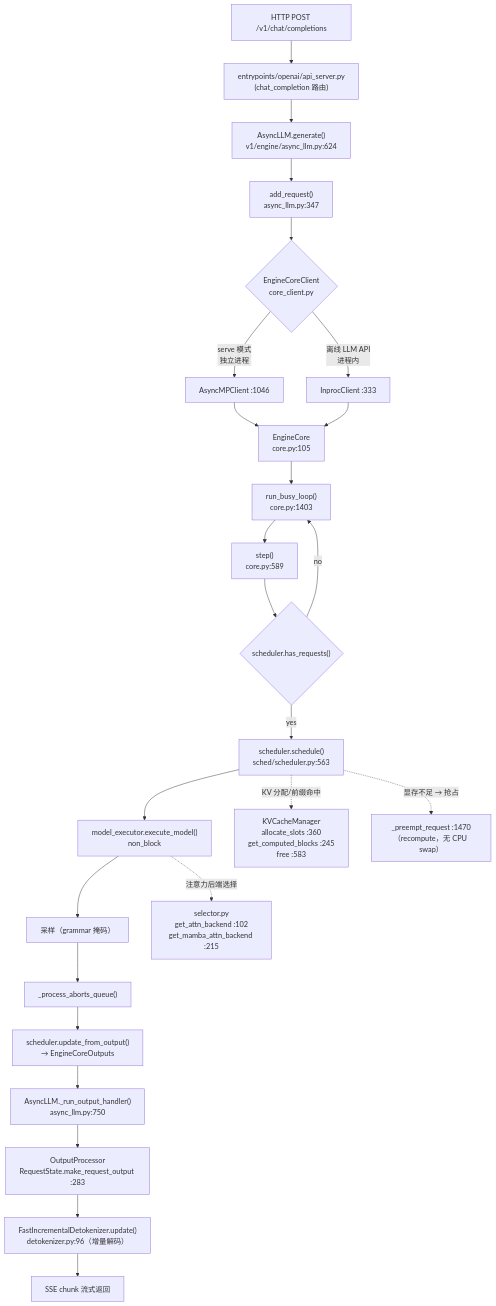
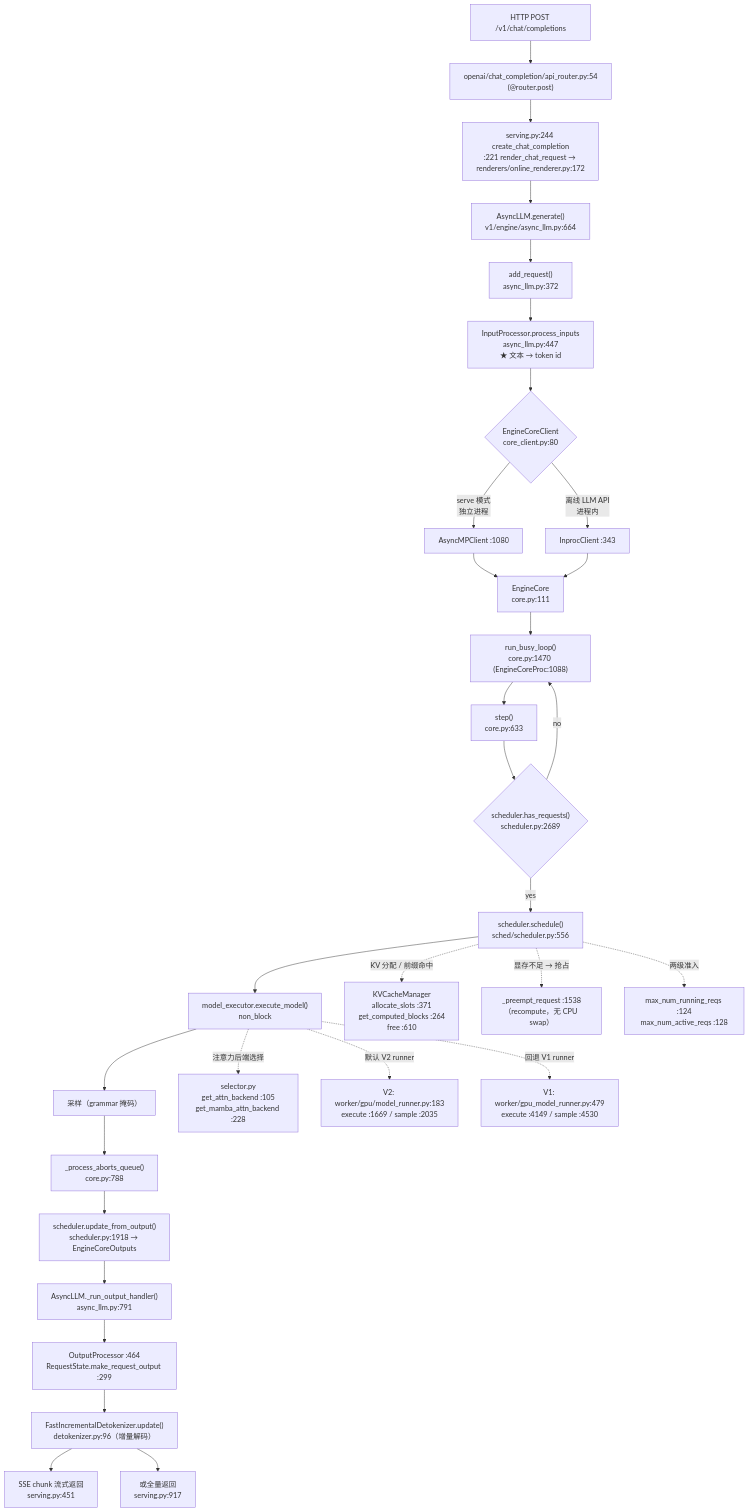
Before and after one commit to Lebhoryi/vllm-sglang-learning: the diagram in docs/01C-生命周期参考图.md, drawn with Mermaid. The commit also changed other lines of this file and 22 other files, not shown here.

First line of the commit message:
docs: 架构图归入 week1、补 17 生命周期草图、锚点改为文件+符号

````diff
--- a/docs/01C-生命周期参考图.md
+++ b/docs/01C-生命周期参考图.md
@@ -8,28 +9,34 @@
 ```mermaid
 flowchart TD
-    A["HTTP POST /v1/chat/completions"] --> B["entrypoints/openai/api_server.py<br/>(chat_completion 路由)"]
-    B --> C["AsyncLLM.generate()<br/>v1/engine/async_llm.py:624"]
-    C --> D["add_request()<br/>async_llm.py:347"]
-    D --> E{"EngineCoreClient<br/>core_client.py"}
-    E -->|"serve 模式<br/>独立进程"| F["AsyncMPClient :1046"]
-    E -->|"离线 LLM API<br/>进程内"| G["InprocClient :333"]
-    F --> H["EngineCore<br/>core.py:105"]
+    A["HTTP POST /v1/chat/completions"] --> B["openai/chat_completion/api_router.py:54<br/>(@router.post)"]
+    B --> B2["serving.py:244 create_chat_completion<br/>:221 render_chat_request → renderers/online_renderer.py:172"]
+    B2 --> C["AsyncLLM.generate()<br/>v1/engine/async_llm.py:664"]
+    C --> D["add_request()<br/>async_llm.py:372"]
+    D --> D2["InputProcessor.process_inputs<br/>async_llm.py:447<br/>★ 文本 → token id"]
+    D2 --> E{"EngineCoreClient<br/>core_client.py:80"}
+    E -->|"serve 模式<br/>独立进程"| F["AsyncMPClient :1080"]
+    E -->|"离线 LLM API<br/>进程内"| G["InprocClient :343"]
+    F --> H["EngineCore<br/>core.py:111"]
     G --> H
-    H --> I["run_busy_loop()<br/>core.py:1403"]
-    I --> J["step()<br/>core.py:589"]
-    J --> K{"scheduler.has_requests()"}
+    H --> I["run_busy_loop()<br/>core.py:1470 (EngineCoreProc:1088)"]
+    I --> J["step()<br/>core.py:633"]
+    J --> K{"scheduler.has_requests()<br/>scheduler.py:2689"}
     K -->|no| I
-    K -->|yes| L["scheduler.schedule()<br/>sched/scheduler.py:563"]
+    K -->|yes| L["scheduler.schedule()<br/>sched/scheduler.py:556"]
     L --> M["model_executor.execute_model()<br/>non_block"]
     M --> N["采样（grammar 掩码）"]
-    N --> O["_process_aborts_queue()"]
-    O --> P["scheduler.update_from_output()<br/>→ EngineCoreOutputs"]
-    P --> Q["AsyncLLM._run_output_handler()<br/>async_llm.py:750"]
-    Q --> R["OutputProcessor<br/>RequestState.make_request_output :283"]
+    N --> O["_process_aborts_queue()<br/>core.py:788"]
+    O --> P["scheduler.update_from_output()<br/>scheduler.py:1918 → EngineCoreOutputs"]
+    P --> Q["AsyncLLM._run_output_handler()<br/>async_llm.py:791"]
+    Q --> R["OutputProcessor :464<br/>RequestState.make_request_output :299"]
     R --> S["FastIncrementalDetokenizer.update()<br/>detokenizer.py:96（增量解码）"]
-    S --> T["SSE chunk 流式返回"]
+    S --> T["SSE chunk 流式返回<br/>serving.py:451"]
+    S --> T2["或全量返回<br/>serving.py:917"]
 
-    L -. "KV 分配/前缀命中" .-> U["KVCacheManager<br/>allocate_slots :360<br/>get_computed_blocks :245<br/>free :583"]
-    L -. "显存不足 → 抢占" .-> V["_preempt_request :1470<br/>（recompute，无 CPU swap）"]
-    M -. "注意力后端选择" .-> W["selector.py<br/>get_attn_backend :102<br/>get_mamba_attn_backend :215"]
+    L -. "KV 分配 / 前缀命中" .-> U["KVCacheManager<br/>allocate_slots :371<br/>get_computed_blocks :264<br/>free :610"]
+    L -. "显存不足 → 抢占" .-> V["_preempt_request :1538<br/>（recompute，无 CPU swap）"]
+    L -. "两级准入" .-> V2["max_num_running_reqs :124<br/>max_num_active_reqs :128"]
+    M -. "注意力后端选择" .-> W["selector.py<br/>get_attn_backend :105<br/>get_mamba_attn_backend :228"]
+    M -. "默认 V2 runner" .-> X["V2: worker/gpu/model_runner.py:183<br/>execute :1669 / sample :2035"]
+    M -. "回退 V1 runner" .-> Y["V1: worker/gpu_model_runner.py:479<br/>execute :4149 / sample :4530"]
 ```
````
